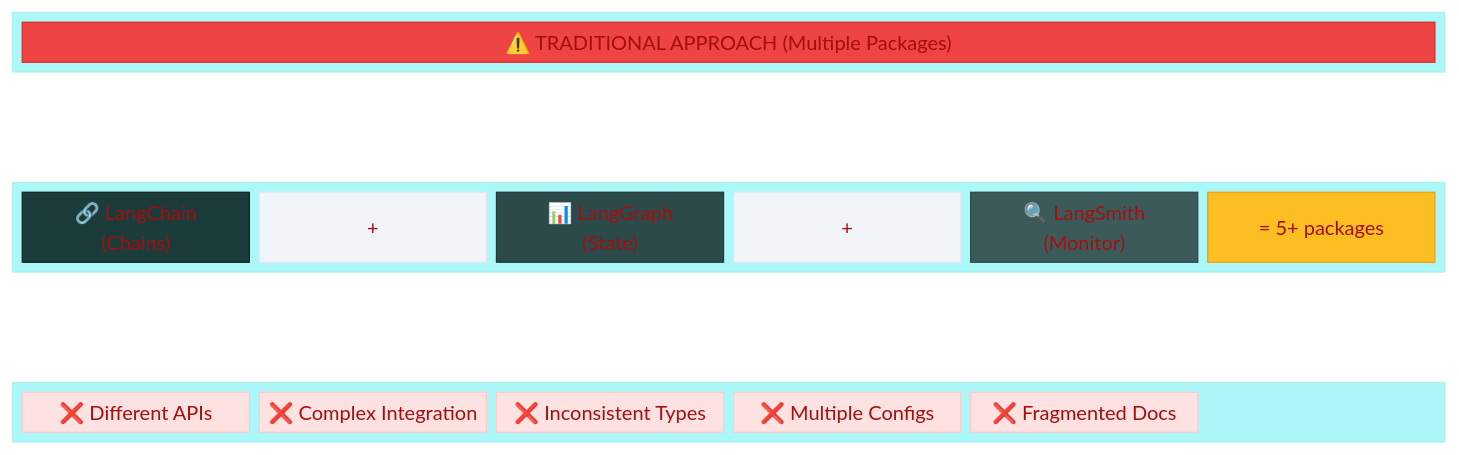
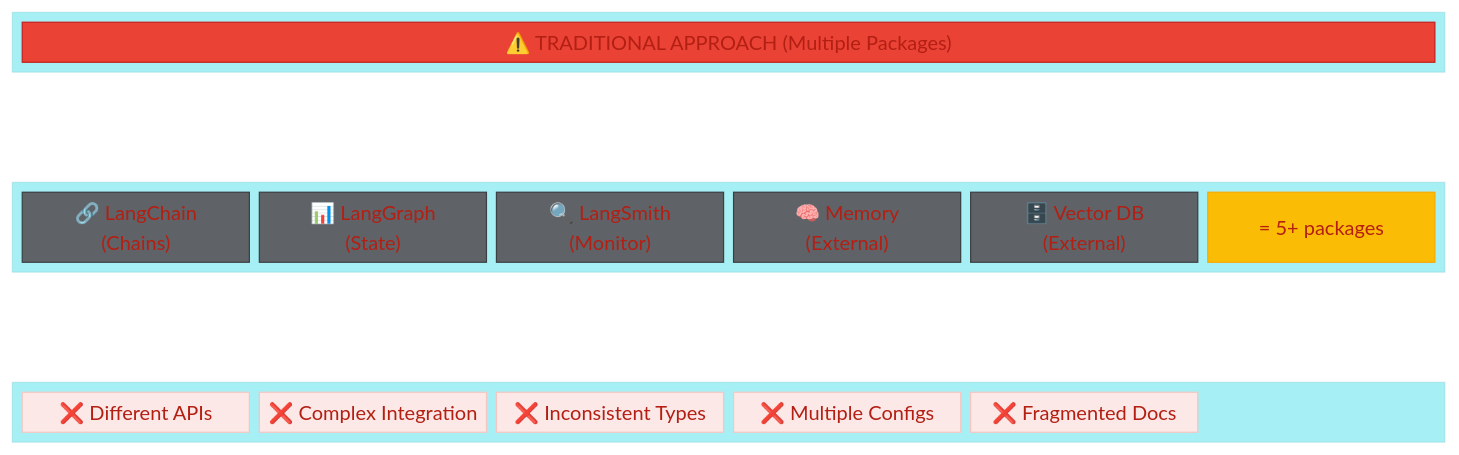
The second of 7 diagrams in docs/_posts/2025-01-31-mastra-ai-framework.md (techyvenki/techie-venki-hub), drawn with Mermaid before and after one commit. The commit also changed other lines of this file, not shown here.

````diff
--- a/docs/_posts/2025-01-31-mastra-ai-framework.md
+++ b/docs/_posts/2025-01-31-mastra-ai-framework.md
@@ -99,44 +99,44 @@
 ```mermaid
-%%{init: {'theme': 'base', 'themeVariables': { 'primaryColor': '#ef4444', 'primaryTextColor': '#fff', 'primaryBorderColor': '#dc2626', 'lineColor': '#94a3b8'}}}%%
+%%{init: {'theme': 'base', 'themeVariables': { 'primaryColor': '#EA4335', 'primaryTextColor': '#fff', 'primaryBorderColor': '#C5221F', 'lineColor': '#5F6368'}}}%%
 block-beta
     columns 6
     
     block:tradHeader:6
         tradTitle["⚠️ TRADITIONAL APPROACH (Multiple Packages)"]
     end
     
     space:6
     
     block:packages:6
         langchain["🔗 LangChain<br/>(Chains)"]
-        plus1["+"]
         langgraph["📊 LangGraph<br/>(State)"]
-        plus2["+"]
         langsmith["🔍 LangSmith<br/>(Monitor)"]
+        memoryPkg["🧠 Memory<br/>(External)"]
+        vectordb["🗄️ Vector DB<br/>(External)"]
         result["= 5+ packages"]
     end
     
     space:6
     
     block:issues:6
         issue1["❌ Different APIs"]
         issue2["❌ Complex Integration"]
         issue3["❌ Inconsistent Types"]
         issue4["❌ Multiple Configs"]
         issue5["❌ Fragmented Docs"]
         space
     end
 
-    style tradTitle fill:#ef4444,stroke:#dc2626,color:#fff
-    style langchain fill:#1c3c3c,stroke:#0f2525,color:#fff
-    style langgraph fill:#2d4a4a,stroke:#1c3c3c,color:#fff
-    style langsmith fill:#3d5a5a,stroke:#2d4a4a,color:#fff
-    style plus1 fill:#f1f5f9,stroke:#e2e8f0,color:#64748b
-    style plus2 fill:#f1f5f9,stroke:#e2e8f0,color:#64748b
-    style result fill:#fbbf24,stroke:#f59e0b,color:#000
-    style issue1 fill:#fee2e2,stroke:#fecaca,color:#991b1b
-    style issue2 fill:#fee2e2,stroke:#fecaca,color:#991b1b
-    style issue3 fill:#fee2e2,stroke:#fecaca,color:#991b1b
-    style issue4 fill:#fee2e2,stroke:#fecaca,color:#991b1b
-    style issue5 fill:#fee2e2,stroke:#fecaca,color:#991b1b
+    style tradTitle fill:#EA4335,stroke:#C5221F,color:#fff
+    style langchain fill:#5F6368,stroke:#3C4043,color:#fff
+    style langgraph fill:#5F6368,stroke:#3C4043,color:#fff
+    style langsmith fill:#5F6368,stroke:#3C4043,color:#fff
+    style memoryPkg fill:#5F6368,stroke:#3C4043,color:#fff
+    style vectordb fill:#5F6368,stroke:#3C4043,color:#fff
+    style result fill:#FBBC05,stroke:#F9AB00,color:#202124
+    style issue1 fill:#FCE8E6,stroke:#F5C6C2,color:#C5221F
+    style issue2 fill:#FCE8E6,stroke:#F5C6C2,color:#C5221F
+    style issue3 fill:#FCE8E6,stroke:#F5C6C2,color:#C5221F
+    style issue4 fill:#FCE8E6,stroke:#F5C6C2,color:#C5221F
+    style issue5 fill:#FCE8E6,stroke:#F5C6C2,color:#C5221F
 ```
````
